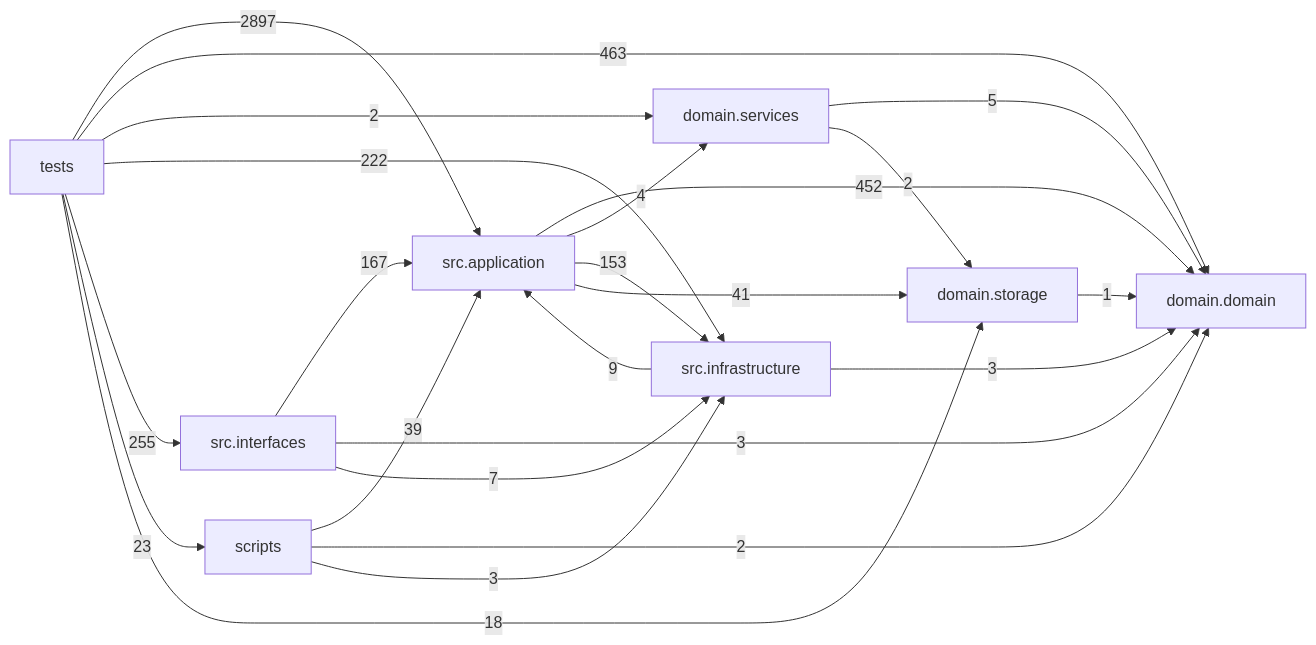
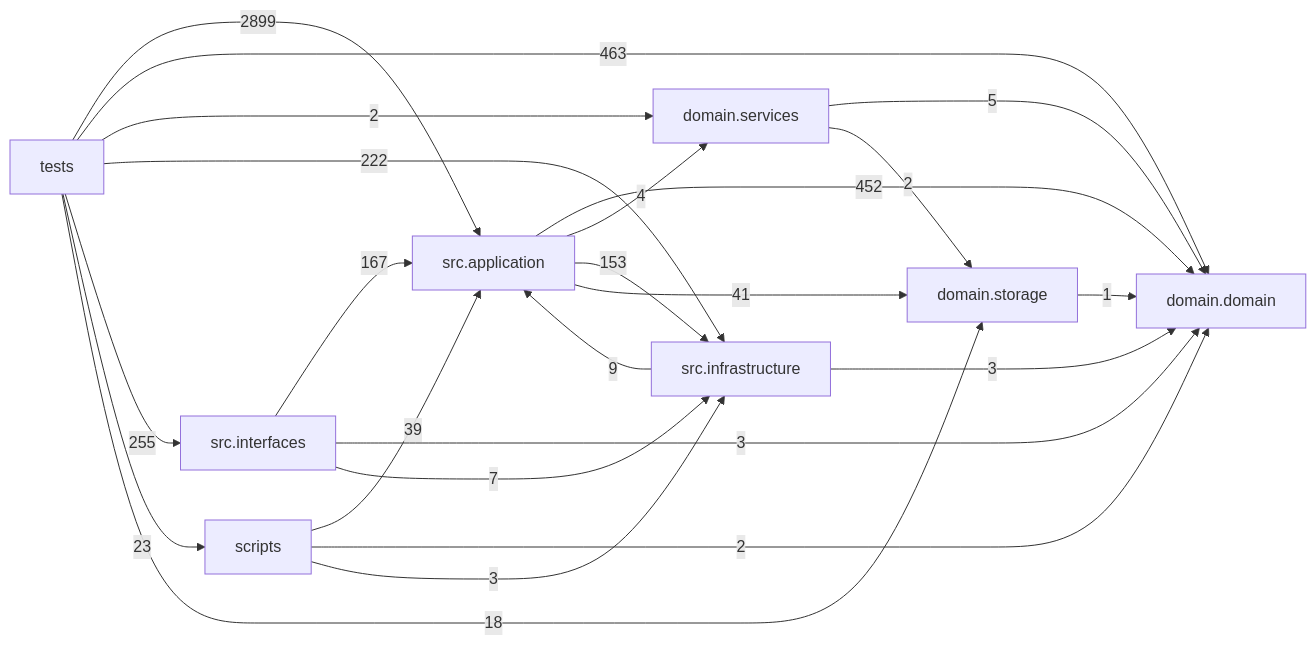
The diagram in docs/DEPENDENCY_GRAPH.md (liuxie066/options-monitor), drawn with Mermaid before and after one commit. The commit also changed other lines of this file and 1 other file, not shown here.

Commit message:
docs(architecture): refresh dependency graph

````diff
--- a/docs/DEPENDENCY_GRAPH.md
+++ b/docs/DEPENDENCY_GRAPH.md
@@ -24,33 +24,33 @@
 ```mermaid
 flowchart LR
   tests["tests"]
   scripts["scripts"]
   interfaces["src.interfaces"]
   application["src.application"]
   infrastructure["src.infrastructure"]
   domain_services["domain.services"]
   domain["domain.domain"]
   storage["domain.storage"]
   application -->|452| domain
   application -->|4| domain_services
   application -->|153| infrastructure
   application -->|41| storage
   domain_services -->|5| domain
   domain_services -->|2| storage
   infrastructure -->|9| application
   infrastructure -->|3| domain
   interfaces -->|167| application
   interfaces -->|3| domain
   interfaces -->|7| infrastructure
   scripts -->|39| application
   scripts -->|2| domain
   scripts -->|3| infrastructure
   storage -->|1| domain
-  tests -->|2897| application
+  tests -->|2899| application
   tests -->|463| domain
   tests -->|2| domain_services
   tests -->|222| infrastructure
   tests -->|255| interfaces
   tests -->|23| scripts
   tests -->|18| storage
 ```
````
